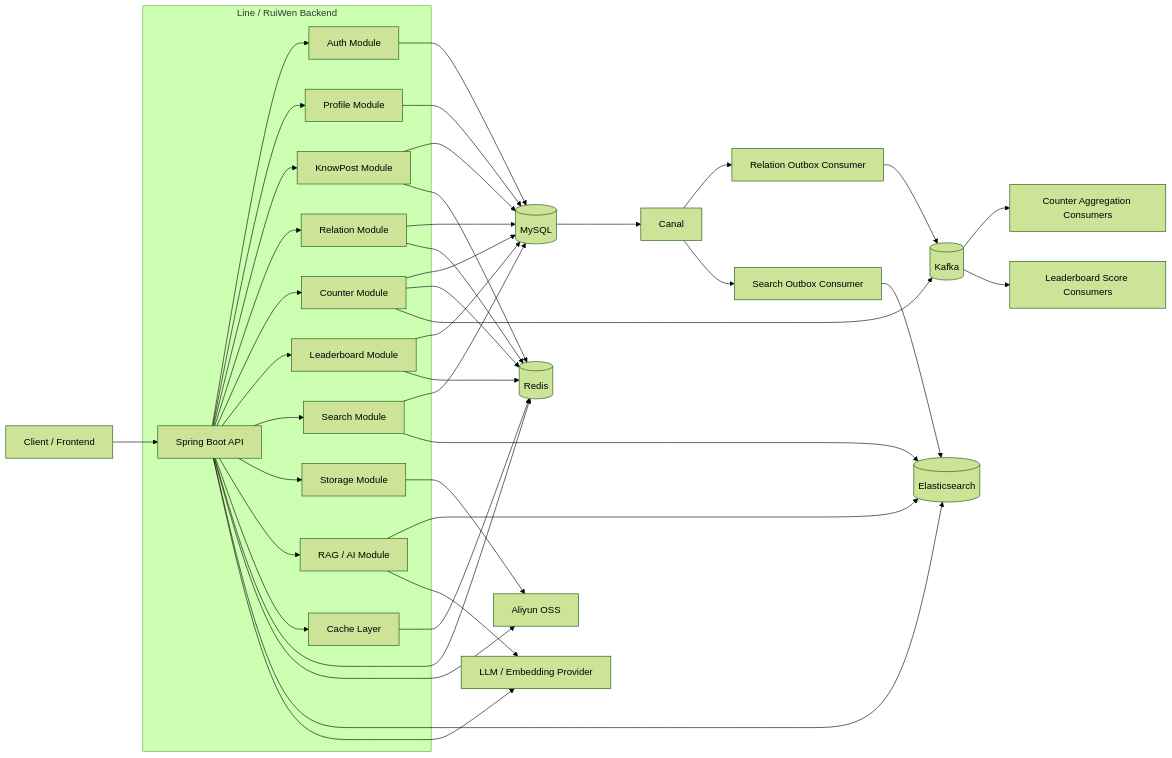
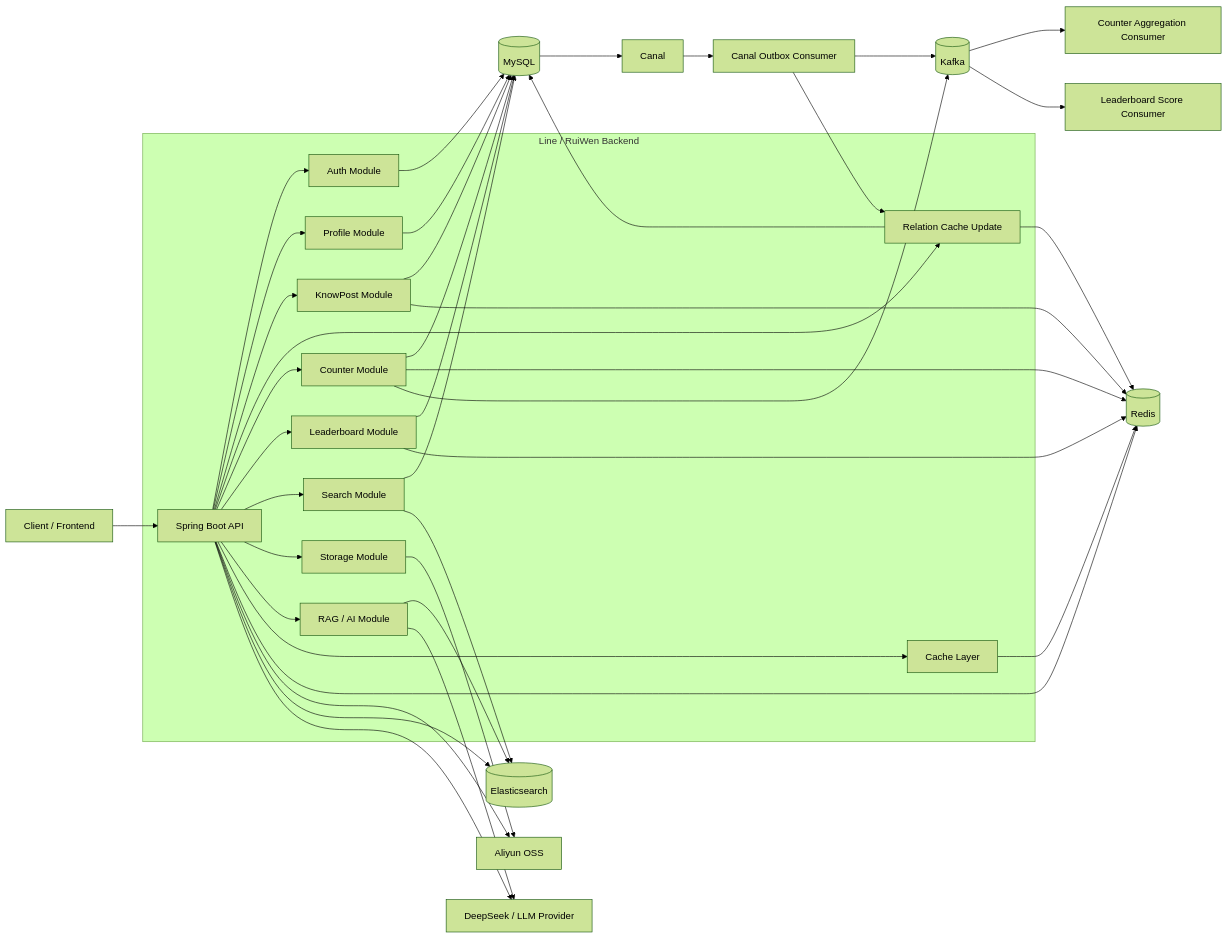
The diagram in README.md (tdog54646/RuiWen), drawn with Mermaid (forest theme) before and after one commit. The commit also changed other lines of this file, not shown here.

````diff
--- a/README.md
+++ b/README.md
@@ -46,53 +47,51 @@
 ```mermaid
 flowchart LR
   Client[Client / Frontend] --> API[Spring Boot API]
 
   subgraph App[Line / RuiWen Backend]
     API --> Auth[Auth Module]
     API --> Profile[Profile Module]
     API --> KnowPost[KnowPost Module]
     API --> Relation[Relation Module]
     API --> Counter[Counter Module]
     API --> Leaderboard[Leaderboard Module]
     API --> Search[Search Module]
     API --> Storage[Storage Module]
     API --> LLM[RAG / AI Module]
     API --> Cache[Cache Layer]
   end
 
   Auth --> MySQL[(MySQL)]
   Profile --> MySQL
   KnowPost --> MySQL
   Relation --> MySQL
   Counter --> MySQL
   Leaderboard --> MySQL
   Search --> MySQL
 
   API --> Redis[(Redis)]
   Cache --> Redis
   Relation --> Redis
   KnowPost --> Redis
   Leaderboard --> Redis
   Counter --> Redis
 
   API --> OSS[Aliyun OSS]
   Storage --> OSS
 
   API --> ES[(Elasticsearch)]
   Search --> ES
   LLM --> ES
 
-  API --> OpenAI[LLM / Embedding Provider]
-  LLM --> OpenAI
+  API --> DeepSeek[DeepSeek / LLM Provider]
+  LLM --> DeepSeek
 
   Counter --> Kafka[(Kafka)]
-  Kafka --> CounterConsumer[Counter Aggregation Consumers]
-  Kafka --> LeaderboardConsumer[Leaderboard Score Consumers]
+  Kafka --> CounterConsumer[Counter Aggregation Consumer]
+  Kafka --> LeaderboardConsumer[Leaderboard Score Consumer]
 
   MySQL --> Canal[Canal]
-  Canal --> RelationOutbox[Relation Outbox Consumer]
-  Canal --> SearchOutbox[Search Outbox Consumer]
-
-  RelationOutbox --> Kafka
-  SearchOutbox --> ES
+  Canal --> OutboxConsumer[Canal Outbox Consumer]
+  OutboxConsumer --> Kafka
+  OutboxConsumer --> Relation[Relation Cache Update]
 ```
````
